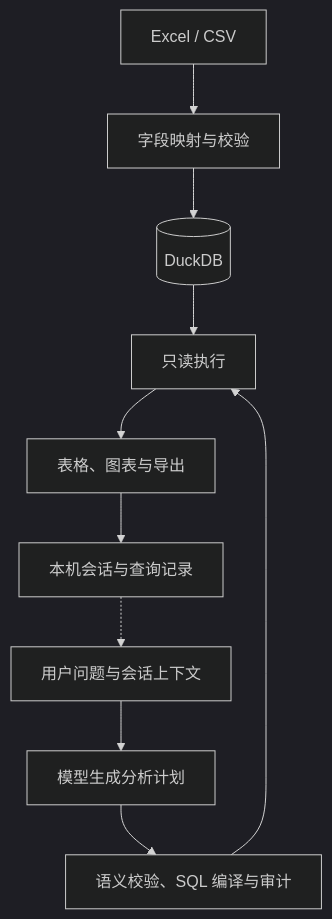
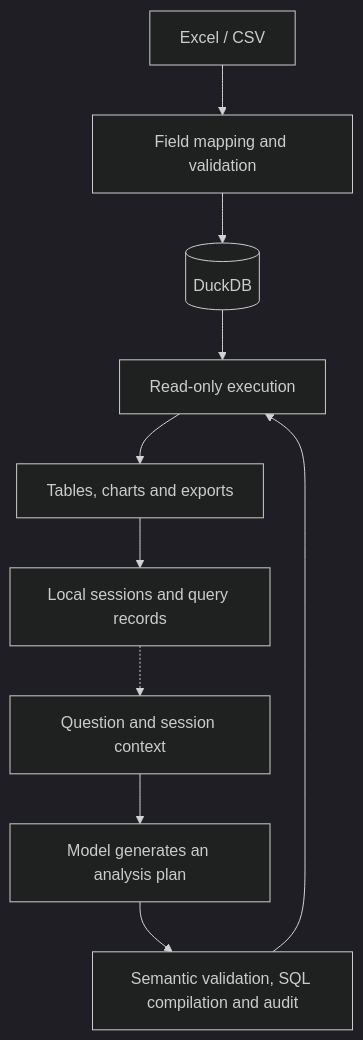
The diagram in README.md (victoryloser/ecommerce-analysis-agent), drawn with Mermaid (dark theme) before and after one commit. The commit also changed other lines of this file and 2 other files, not shown here.

````diff
--- a/README.md
+++ b/README.md
@@ -28,12 +30,12 @@
 ```mermaid
 flowchart TD
-    A["Excel / CSV"] --> B["字段映射与校验"]
+    A["Excel / CSV"] --> B["Field mapping and validation"]
     B --> C[(DuckDB)]
-    D["用户问题与会话上下文"] --> E["模型生成分析计划"]
-    E --> F["语义校验、SQL 编译与审计"]
-    F --> G["只读执行"]
+    D["Question and session context"] --> E["Model generates an analysis plan"]
+    E --> F["Semantic validation, SQL compilation and audit"]
+    F --> G["Read-only execution"]
     C --> G
-    G --> H["表格、图表与导出"]
-    H --> I["本机会话与查询记录"]
+    G --> H["Tables, charts and exports"]
+    H --> I["Local sessions and query records"]
     I -.-> D
 ```
````
